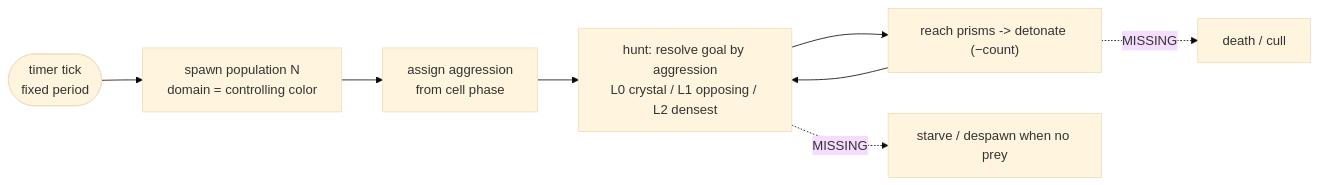
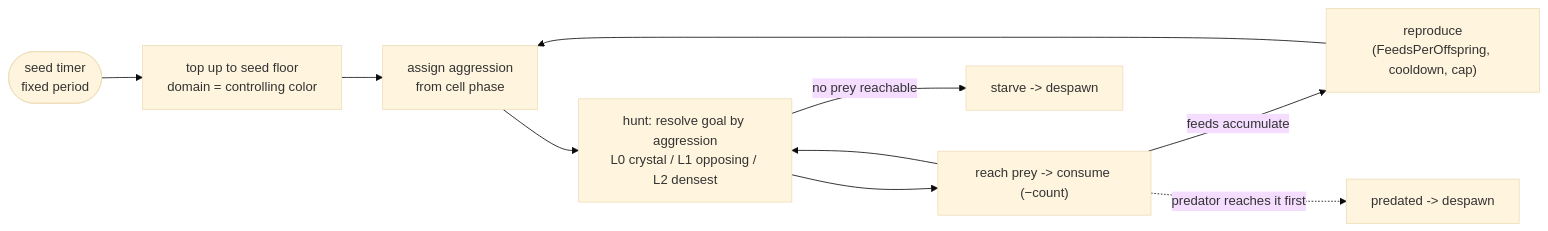
The second of 2 diagrams in Docs/ECOSYSTEM.md (froglet-studio/Cosmic-Shore), drawn with Mermaid (base theme) before and after one commit. The commit also changed other lines of this file and 3 other files, not shown here.

````diff
--- a/Docs/ECOSYSTEM.md
+++ b/Docs/ECOSYSTEM.md
@@ -177,10 +179,12 @@
 ```mermaid
 flowchart LR
-    T(["timer tick<br/>fixed period"]) --> S["spawn population N<br/>domain = controlling color"]
+    T(["seed timer<br/>fixed period"]) --> S["top up to seed floor<br/>domain = controlling color"]
     S --> A["assign aggression<br/>from cell phase"]
     A --> H["hunt: resolve goal by aggression<br/>L0 crystal / L1 opposing / L2 densest"]
-    H --> E["reach prisms -> detonate (−count)"]
+    H --> E["reach prey -> consume (−count)"]
     E --> H
-    E -.->|MISSING| D["death / cull"]
-    H -.->|MISSING| ST["starve / despawn when no prey"]
+    E -->|feeds accumulate| R["reproduce<br/>(FeedsPerOffspring, cooldown, cap)"]
+    R --> A
+    H -->|no prey reachable| ST["starve -> despawn"]
+    E -.->|predator reaches it first| P["predated -> despawn"]
 ```
````
